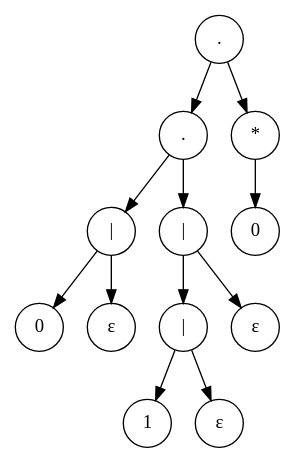
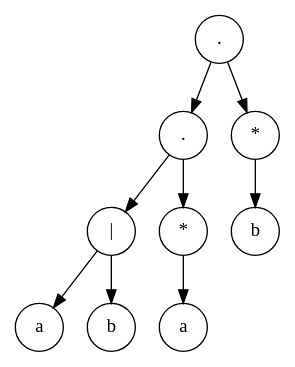
The diagram in Graphs/Tree/ast5.dot (DiggsPapu/TeoriaComputacion), drawn with Graphviz before and after one commit. The commit also changed 34 other files, not shown here.

```diff
--- a/Graphs/Tree/ast5.dot
+++ b/Graphs/Tree/ast5.dot
@@ -1,26 +1,20 @@
 digraph Tree{
 node [shape=circle];
-node0 [label="0"];
-node1 [label="ε"];
+node0 [label="a"];
+node1 [label="b"];
 node2 [label="|"];
-node3 [label="1"];
-node4 [label="ε"];
-node5 [label="|"];
-node6 [label="ε"];
-node7 [label="|"];
+node3 [label="a"];
+node4 [label="*"];
+node5 [label="."];
+node6 [label="b"];
+node7 [label="*"];
 node8 [label="."];
-node9 [label="0"];
-node10 [label="*"];
-node11 [label="."];
 node2->node0;
 node2->node1;
-node5->node3;
+node4->node3;
+node5->node2;
 node5->node4;
-node7->node5;
 node7->node6;
-node8->node2;
+node8->node5;
 node8->node7;
-node10->node9;
-node11->node8;
-node11->node10;
 }
```
